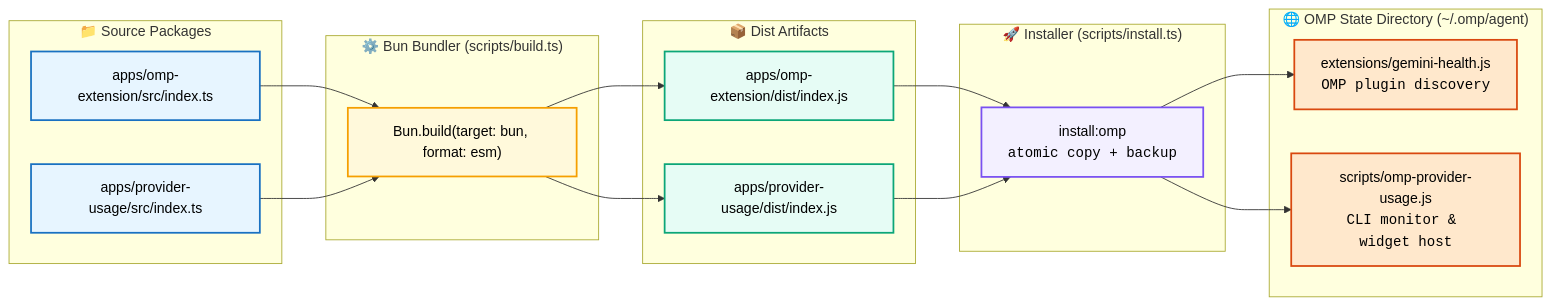
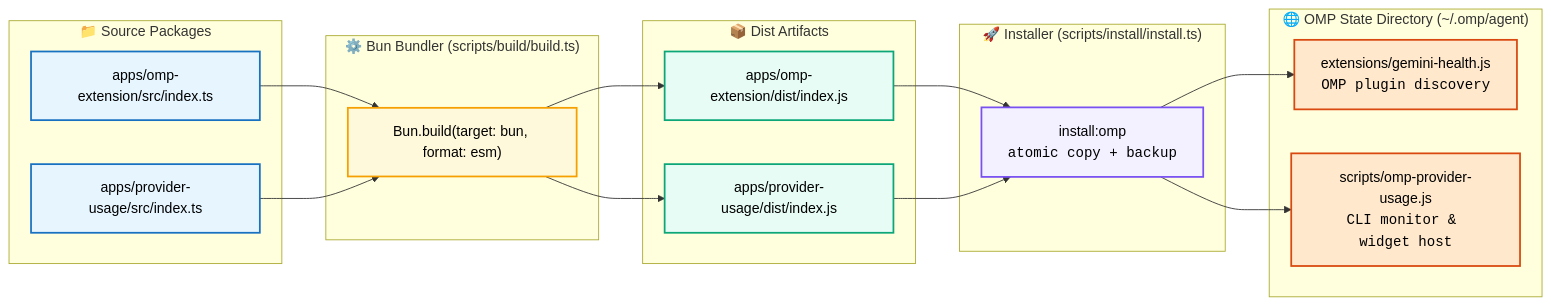
One commit to kamishino/omp-toolkit changed the second of 5 diagrams in docs/architecture.md. Above: the diagram before and after it, drawn with Mermaid. The commit also changed other lines of this file and 24 other files, not shown here.

````diff
--- a/docs/architecture.md
+++ b/docs/architecture.md
@@ -65,46 +65,46 @@
 ```mermaid
 flowchart LR
     subgraph Sources["📁 Source Packages"]
         ExtSrc["apps/omp-extension/src/index.ts"]
         UsageSrc["apps/provider-usage/src/index.ts"]
     end
 
-    subgraph BuildStep["⚙️ Bun Bundler (scripts/build.ts)"]
+    subgraph BuildStep["⚙️ Bun Bundler (scripts/build/build.ts)"]
         BunBuild["Bun.build(target: bun, format: esm)"]
     end
 
     subgraph Dist["📦 Dist Artifacts"]
         ExtDist["apps/omp-extension/dist/index.js"]
         UsageDist["apps/provider-usage/dist/index.js"]
     end
 
-    subgraph InstallStep["🚀 Installer (scripts/install.ts)"]
+    subgraph InstallStep["🚀 Installer (scripts/install/install.ts)"]
         Installer["install:omp<br/><code>atomic copy + backup</code>"]
     end
 
     subgraph Target["🌐 OMP State Directory (~/.omp/agent)"]
         ExtInstalled["extensions/gemini-health.js<br/><code>OMP plugin discovery</code>"]
         UsageInstalled["scripts/omp-provider-usage.js<br/><code>CLI monitor & widget host</code>"]
     end
 
     ExtSrc --> BunBuild
     UsageSrc --> BunBuild
     BunBuild --> ExtDist
     BunBuild --> UsageDist
     ExtDist --> Installer
     UsageDist --> Installer
     Installer --> ExtInstalled
     Installer --> UsageInstalled
 
     classDef srcBox fill:#E7F5FF,stroke:#1971C2,stroke-width:2px,color:#000
     classDef buildBox fill:#FFF9DB,stroke:#F59F00,stroke-width:2px,color:#000
     classDef distBox fill:#E6FCF5,stroke:#0CA678,stroke-width:2px,color:#000
     classDef installBox fill:#F3F0FF,stroke:#7950F2,stroke-width:2px,color:#000
     classDef targetBox fill:#FFE8CC,stroke:#D9480F,stroke-width:2px,color:#000
 
     class ExtSrc,UsageSrc srcBox
     class BunBuild buildBox
     class ExtDist,UsageDist distBox
     class Installer installBox
     class ExtInstalled,UsageInstalled targetBox
 ```
````
